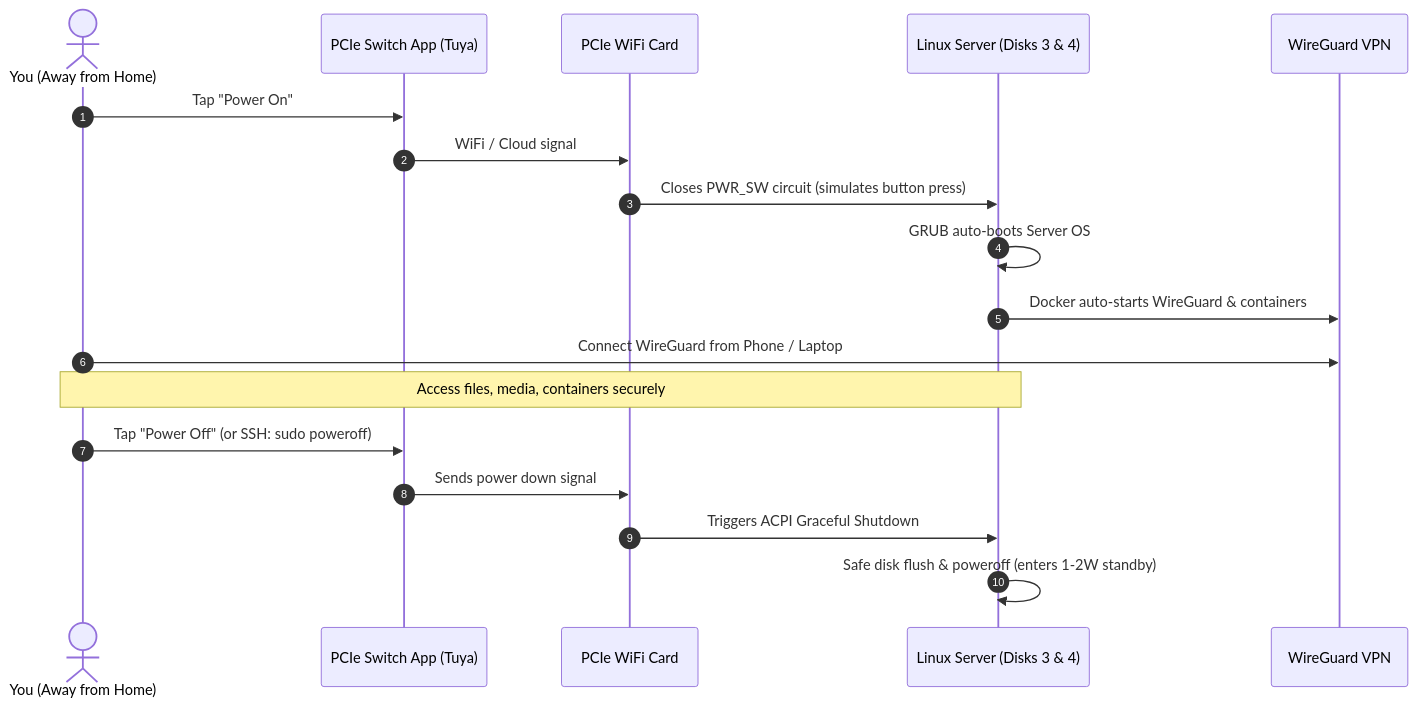
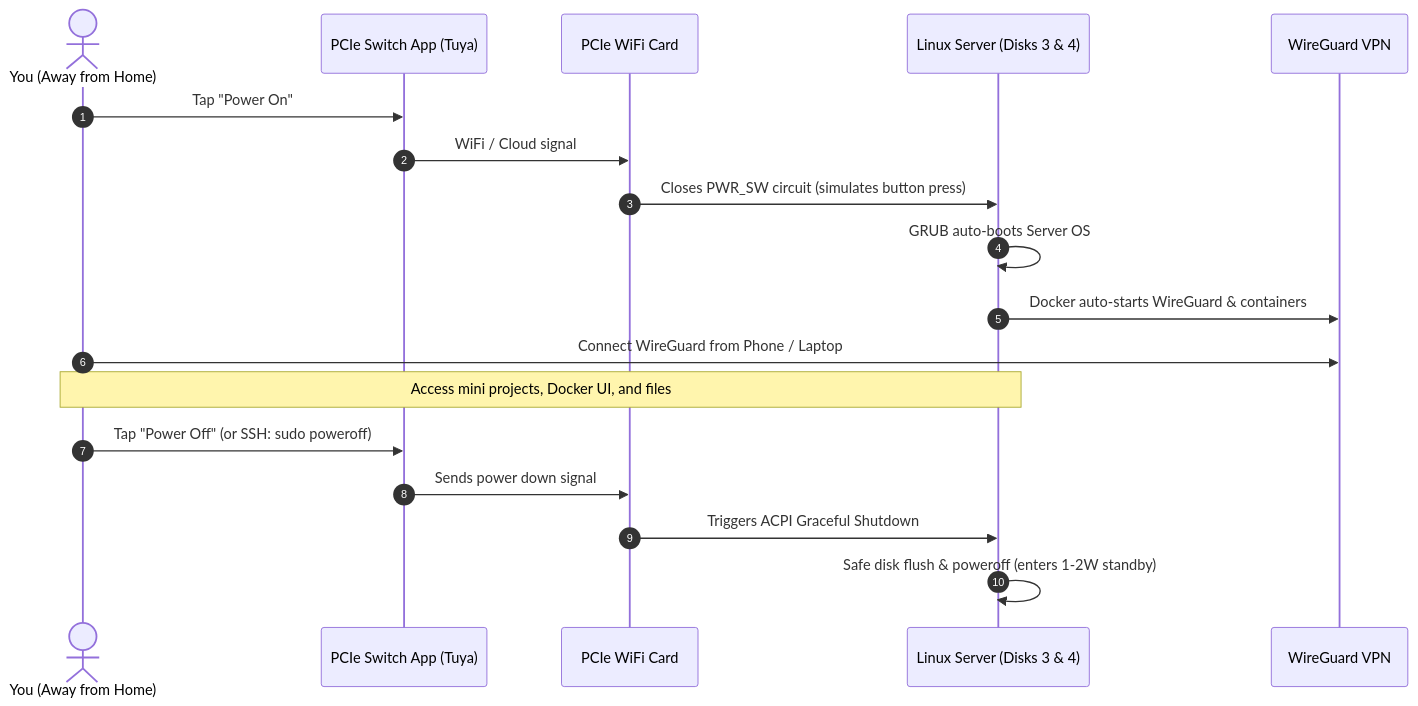
One commit to P1gBagPt-Homelab/home-server changed the diagram in README.md. Above: the diagram before and after it, drawn with Mermaid. The commit also changed other lines of this file, not shown here.

Commit message:
docs: add Docker environment and AI section to README index

````diff
--- a/README.md
+++ b/README.md
@@ -46,21 +53,21 @@
 ```mermaid
 sequenceDiagram
     autonumber
     actor User as You (Away from Home)
     participant App as PCIe Switch App (Tuya)
     participant Card as PCIe WiFi Card
     participant Linux as Linux Server (Disks 3 & 4)
     participant WG as WireGuard VPN
     
     User->>App: Tap "Power On"
     App->>Card: WiFi / Cloud signal
     Card->>Linux: Closes PWR_SW circuit (simulates button press)
     Linux->>Linux: GRUB auto-boots Server OS
     Linux->>WG: Docker auto-starts WireGuard & containers
     User->>WG: Connect WireGuard from Phone / Laptop
-    Note over User,Linux: Access files, media, containers securely
+    Note over User,Linux: Access mini projects, Docker UI, and files
     User->>App: Tap "Power Off" (or SSH: sudo poweroff)
     App->>Card: Sends power down signal
     Card->>Linux: Triggers ACPI Graceful Shutdown
     Linux->>Linux: Safe disk flush & poweroff (enters 1-2W standby)
 ```
````
